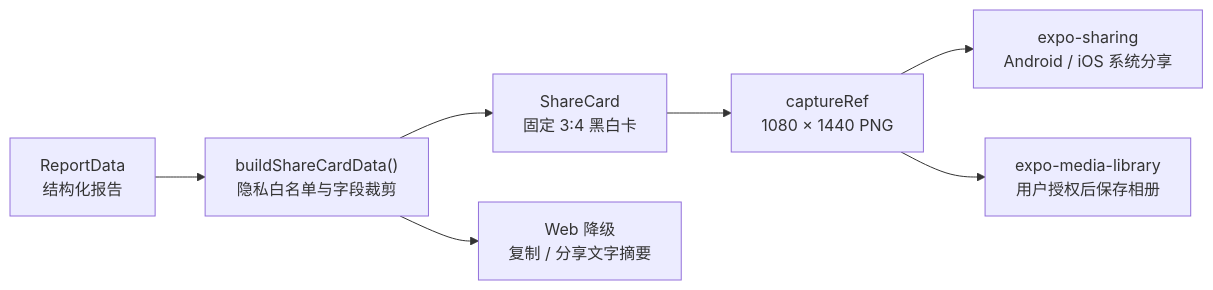
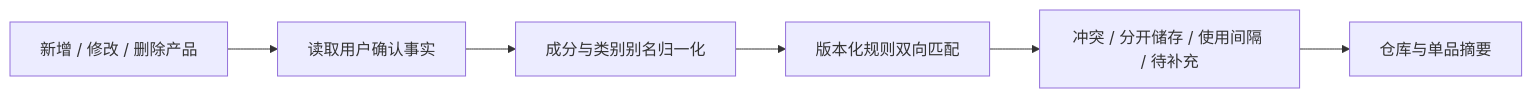
The fifth of 5 diagrams in docs/architecture/README.md (gsj1225/household-chemical-safety), drawn with Mermaid before and after one commit. The commit also changed other lines of this file and 86 other files, not shown here.

````diff
--- a/docs/architecture/README.md
+++ b/docs/architecture/README.md
@@ -224,15 +142,11 @@
 ```mermaid
 flowchart LR
-    Report["ReportData\n结构化报告"]
-    Allowlist["buildShareCardData()\n隐私白名单与字段裁剪"]
-    Card["ShareCard\n固定 3:4 黑白卡"]
-    Capture["captureRef\n1080 × 1440 PNG"]
-    Share["expo-sharing\nAndroid / iOS 系统分享"]
-    Album["expo-media-library\n用户授权后保存相册"]
-    Web["Web 降级\n复制 / 分享文字摘要"]
+    CHANGE["新增 / 修改 / 删除产品"]
+    FACTS["读取用户确认事实"]
+    NORMALIZE["成分与类别别名归一化"]
+    MATCH["版本化规则双向匹配"]
+    REL["冲突 / 分开储存 / 使用间隔 / 待补充"]
+    SUMMARY["仓库与单品摘要"]
 
-    Report --> Allowlist --> Card --> Capture
-    Capture --> Share
-    Capture --> Album
-    Allowlist --> Web
+    CHANGE --> FACTS --> NORMALIZE --> MATCH --> REL --> SUMMARY
 ```
````
